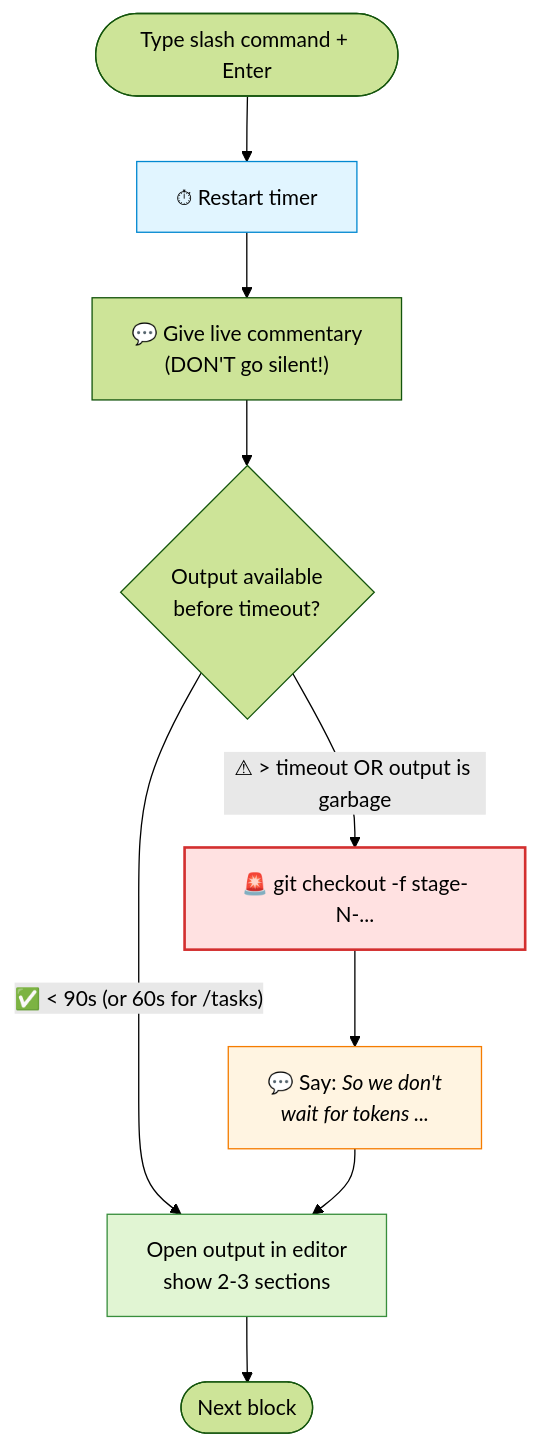
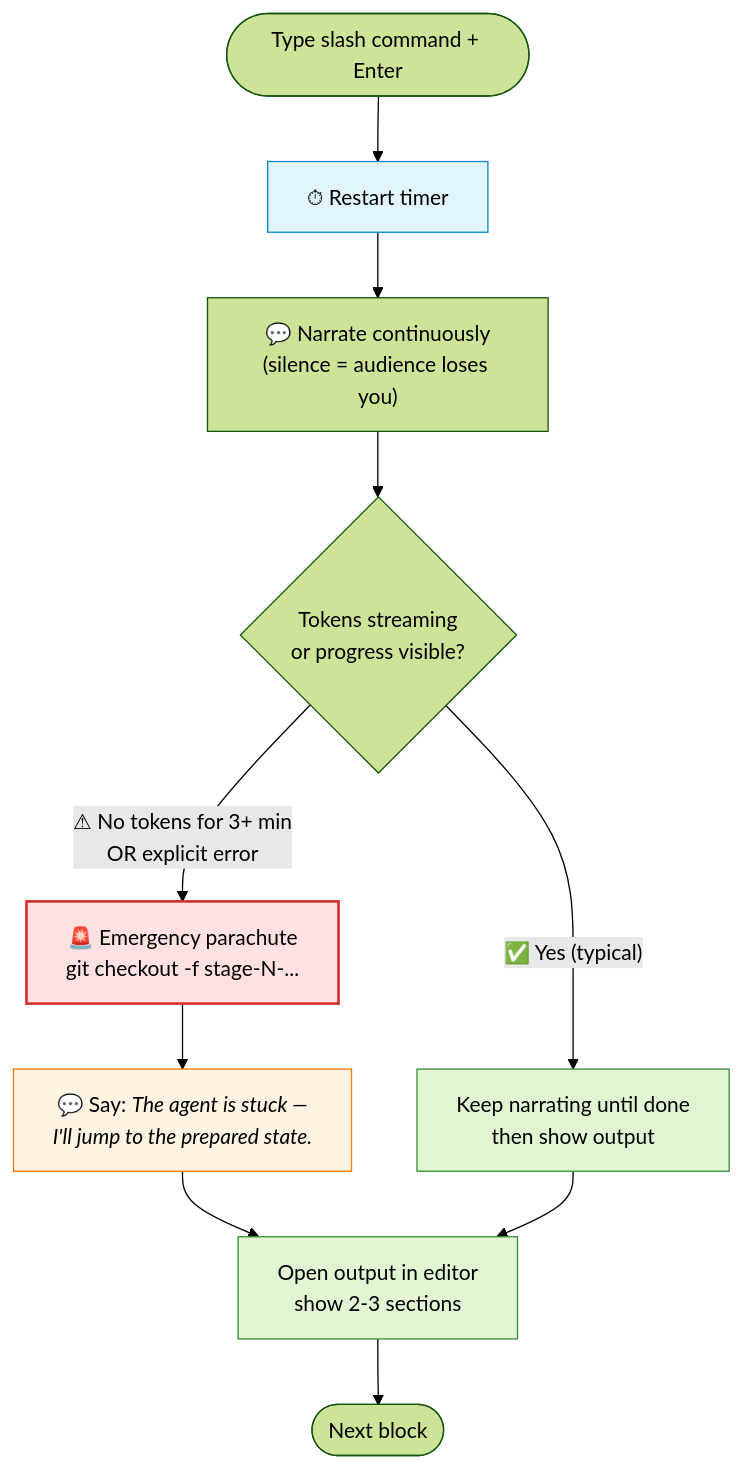
Before and after one commit to jeffrey-groneberg/sdd_demo: the third of 3 diagrams in 01-demo-script.md, drawn with Mermaid (forest theme). The commit also changed other lines of this file and 22 other files, not shown here.

````diff
--- a/01-demo-script.md
+++ b/01-demo-script.md
@@ -231,19 +217,21 @@
 ```mermaid
 flowchart TD
     Start([Type slash command + Enter]) --> Timer[⏱ Restart timer]
-    Timer --> Talk["💬 Give live commentary<br/>(DON'T go silent!)"]
-    Talk --> Check{Output available<br/>before timeout?}
+    Timer --> Talk["💬 Narrate continuously<br/>(silence = audience loses you)"]
+    Talk --> Stream{Tokens streaming<br/>or progress visible?}
 
-    Check -->|"✅ < 90s (or 60s for /tasks)"| Show["Open output in editor<br/>show 2-3 sections"]
-    Check -->|"⚠ &gt; timeout OR output is garbage"| Bailout["🚨 git checkout -f stage-N-..."]
+    Stream -->|"✅ Yes (typical)"| Wait["Keep narrating until done<br/>then show output"]
+    Stream -->|"⚠ No tokens for 3+ min<br/>OR explicit error"| Para["🚨 Emergency parachute<br/>git checkout -f stage-N-..."]
 
-    Bailout --> Phrase["💬 Say: <i>So we don't<br/>wait for tokens ...</i>"]
-    Phrase --> Show
+    Para --> Phrase["💬 Say: <i>The agent is stuck —<br/>I'll jump to the prepared state.</i>"]
+    Phrase --> Show["Open output in editor<br/>show 2-3 sections"]
+    Wait --> Show
 
     Show --> Next([Next block])
 
-    style Bailout fill:#ffe1e1,stroke:#d32f2f,stroke-width:2px
+    style Para fill:#ffe1e1,stroke:#d32f2f,stroke-width:2px
     style Phrase fill:#fff4e1,stroke:#f57c00
     style Show fill:#e1f5d3,stroke:#388e3c
     style Timer fill:#e1f5ff,stroke:#0288d1
+    style Wait fill:#e1f5d3,stroke:#388e3c
 ```
````
